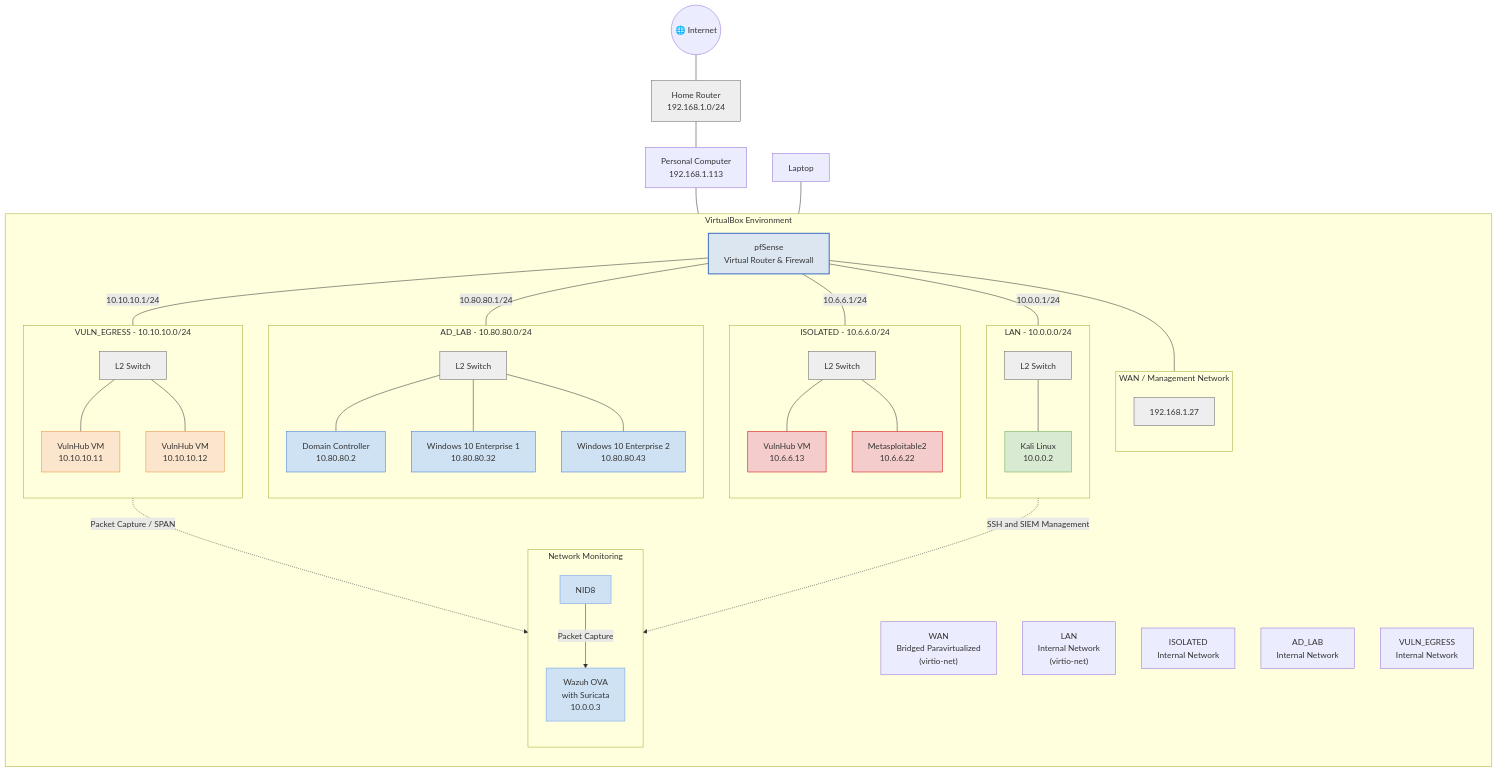
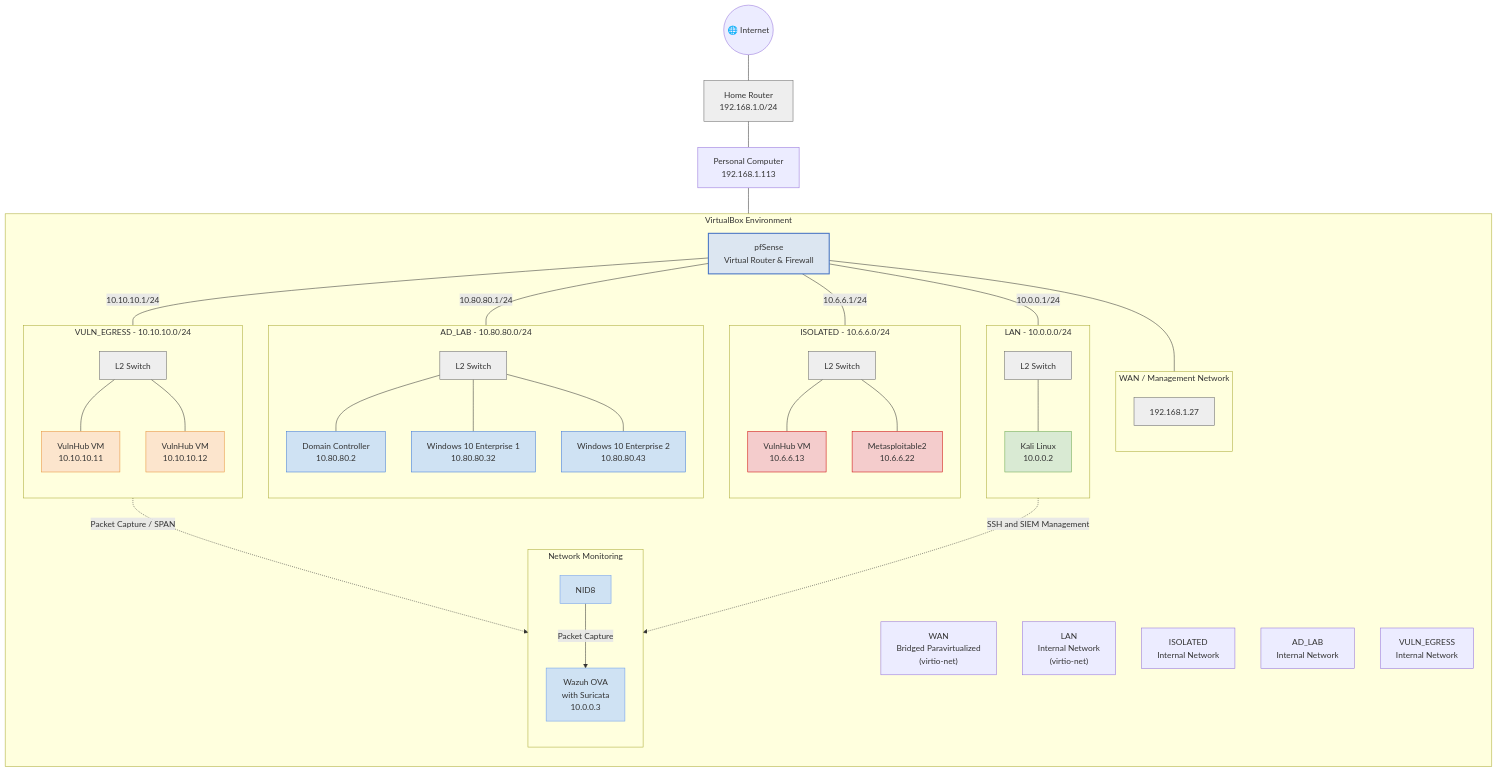
Before and after one commit to lmattingly6/VirtualBox-siem-lab: the diagram in README.md, drawn with Mermaid.

Commit message:
Update README.md to modify host connection diagram

```diff
--- a/README.md
+++ b/README.md
@@ -107,7 +107,7 @@
 
     %% HOST CONNECTION TO VIRTUALBOX
     PC --- VB
-    Laptop --- VB
+
 
     %% STYLING
     classDef firewall fill:#dce6f1,stroke:#4472c4,stroke-width:2px
```
